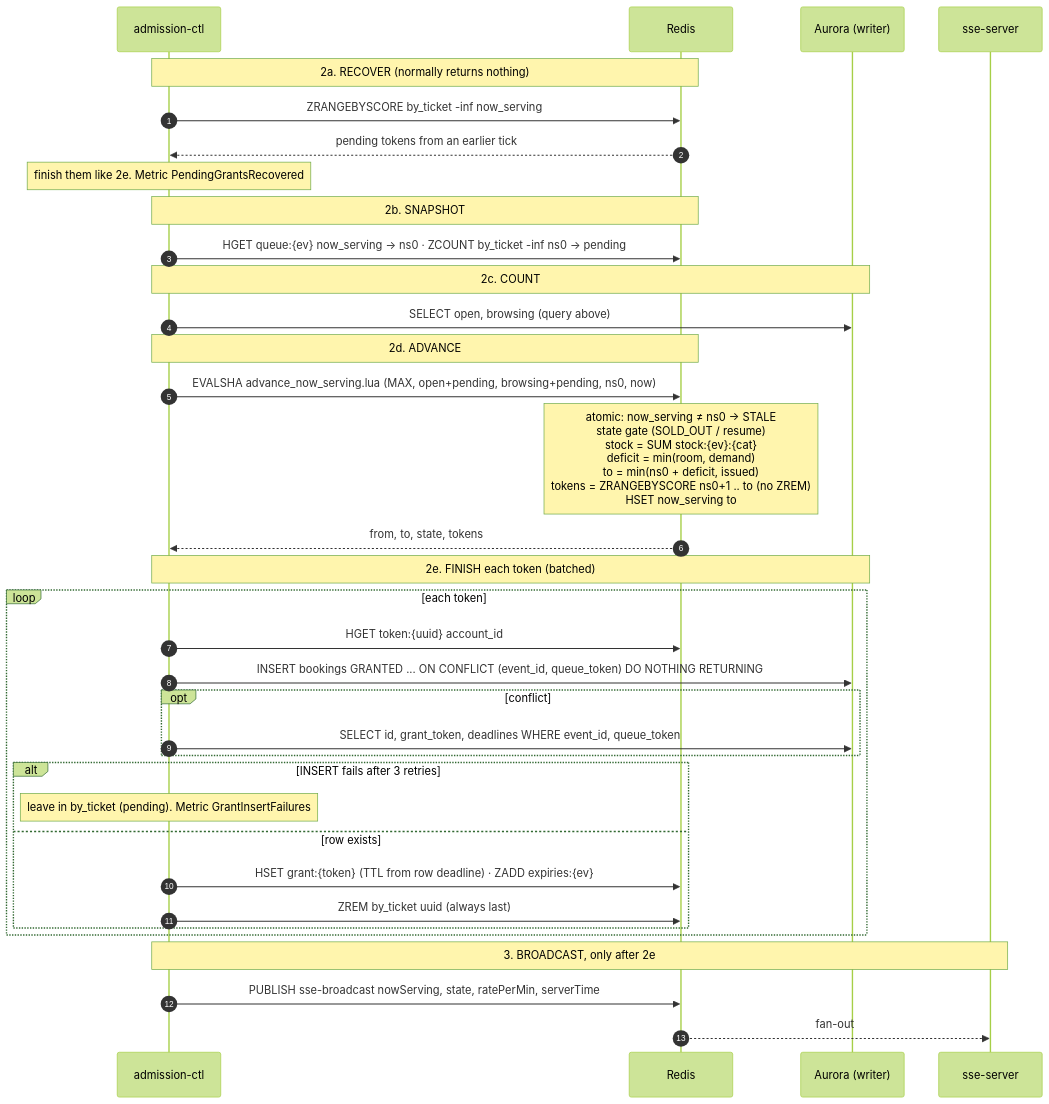
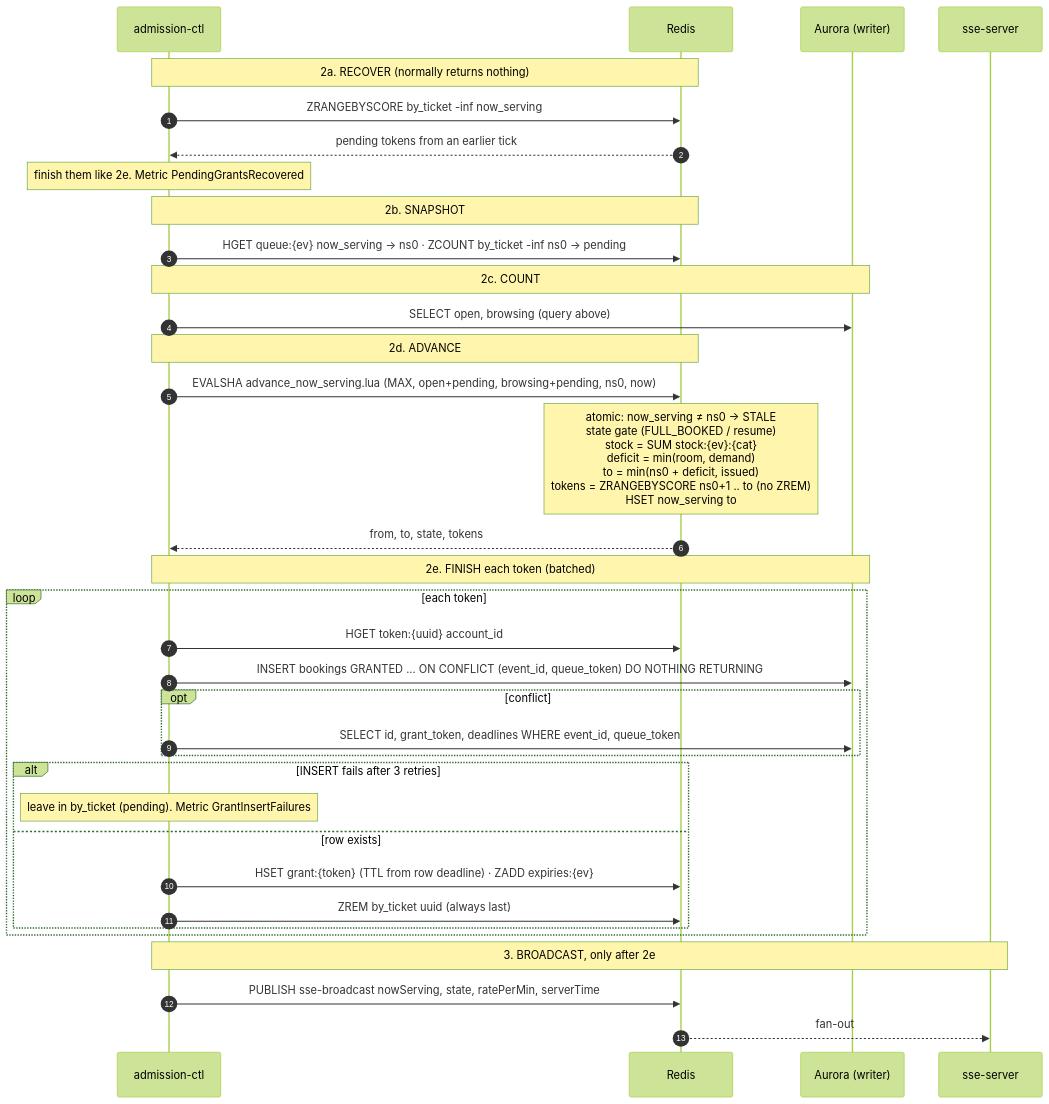
Before and after one commit to PTServerJanganTumbang-BookingTicket/be-rusuh-war-ticketing: the third of 4 diagrams in docs/04-queue/05-admission-controller.md, drawn with Mermaid (forest theme). The commit also changed other lines of this file and 23 other files, not shown here.

First line of the commit message:
refactor(queue): rename sale state SOLD_OUT to FULL_BOOKED

````diff
--- a/docs/04-queue/05-admission-controller.md
+++ b/docs/04-queue/05-admission-controller.md
@@ -145,43 +145,43 @@
 ```mermaid
 sequenceDiagram
     autonumber
     participant CTL as admission-ctl
     participant R as Redis
     participant DB as Aurora (writer)
     participant SSE as sse-server
 
     Note over CTL,R: 2a. RECOVER (normally returns nothing)
     CTL->>R: ZRANGEBYSCORE by_ticket -inf now_serving
     R-->>CTL: pending tokens from an earlier tick
     Note over CTL: finish them like 2e. Metric PendingGrantsRecovered
 
     Note over CTL,R: 2b. SNAPSHOT
     CTL->>R: HGET queue:{ev} now_serving → ns0 · ZCOUNT by_ticket -inf ns0 → pending
 
     Note over CTL,DB: 2c. COUNT
     CTL->>DB: SELECT open, browsing (query above)
 
     Note over CTL,R: 2d. ADVANCE
     CTL->>R: EVALSHA advance_now_serving.lua (MAX, open+pending, browsing+pending, ns0, now)
-    Note over R: atomic: now_serving ≠ ns0 → STALE<br/>state gate (SOLD_OUT / resume)<br/>stock = SUM stock:{ev}:{cat}<br/>deficit = min(room, demand)<br/>to = min(ns0 + deficit, issued)<br/>tokens = ZRANGEBYSCORE ns0+1 .. to (no ZREM)<br/>HSET now_serving to
+    Note over R: atomic: now_serving ≠ ns0 → STALE<br/>state gate (FULL_BOOKED / resume)<br/>stock = SUM stock:{ev}:{cat}<br/>deficit = min(room, demand)<br/>to = min(ns0 + deficit, issued)<br/>tokens = ZRANGEBYSCORE ns0+1 .. to (no ZREM)<br/>HSET now_serving to
     R-->>CTL: from, to, state, tokens
 
     Note over CTL,DB: 2e. FINISH each token (batched)
     loop each token
         CTL->>R: HGET token:{uuid} account_id
         CTL->>DB: INSERT bookings GRANTED ... ON CONFLICT (event_id, queue_token) DO NOTHING RETURNING
         opt conflict
             CTL->>DB: SELECT id, grant_token, deadlines WHERE event_id, queue_token
         end
         alt INSERT fails after 3 retries
             Note over CTL: leave in by_ticket (pending). Metric GrantInsertFailures
         else row exists
             CTL->>R: HSET grant:{token} (TTL from row deadline) · ZADD expiries:{ev}
             CTL->>R: ZREM by_ticket uuid (always last)
         end
     end
 
     Note over CTL,SSE: 3. BROADCAST, only after 2e
     CTL->>R: PUBLISH sse-broadcast nowServing, state, ratePerMin, serverTime
     R-->>SSE: fan-out
 ```
````
